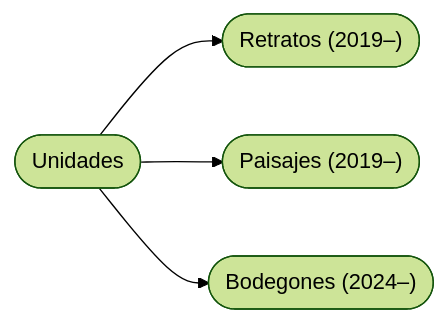
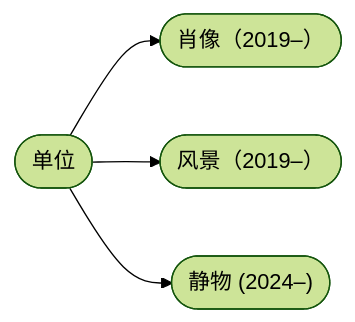
The sixth of 6 diagrams in CHN/peste-pinturas-infectadas.md (EGGS-Artesvisuales/EGGS-Artesvisuales.github.io), drawn with Mermaid (forest theme) before and after one commit. The commit also changed other lines of this file and 43 other files, not shown here.

```diff
--- a/CHN/peste-pinturas-infectadas.md
+++ b/CHN/peste-pinturas-infectadas.md
@@ -1105,16 +1105,16 @@
 <div class="mermaid">
 flowchart LR
-  UNI([Unidades])
-  URET(["Retratos (2019–)"])
-  UPAI(["Paisajes (2019–)"])
-  UBOD(["Bodegones (2024–)"])
+  UNI([单位])
+  URET(["肖像（2019–）"])
+  UPAI(["风景（2019–）"])
+  UBOD(["静物 (2024–)"])
 
   UNI --> URET
   UNI --> UPAI
   UNI --> UBOD
 
-  click UNI "#unidades" "Ir a Unidades"
-  click URET "#unidades-retratos-2019" "Ir a Retratos"
-  click UPAI "#unidades-paisajes-2019" "Ir a Paisajes"
-  click UBOD "#unidades-bodegones-2024" "Ir a Bodegones"
+  click UNI "#单位" "前往单位"
+  click URET "#单位肖像-2019" "前往肖像"
+  click UPAI "#景观单位-2019" "前往风景"
+  click UBOD "#units-stilllifes-2024" "前往博德戈内斯"
 </div>
```
